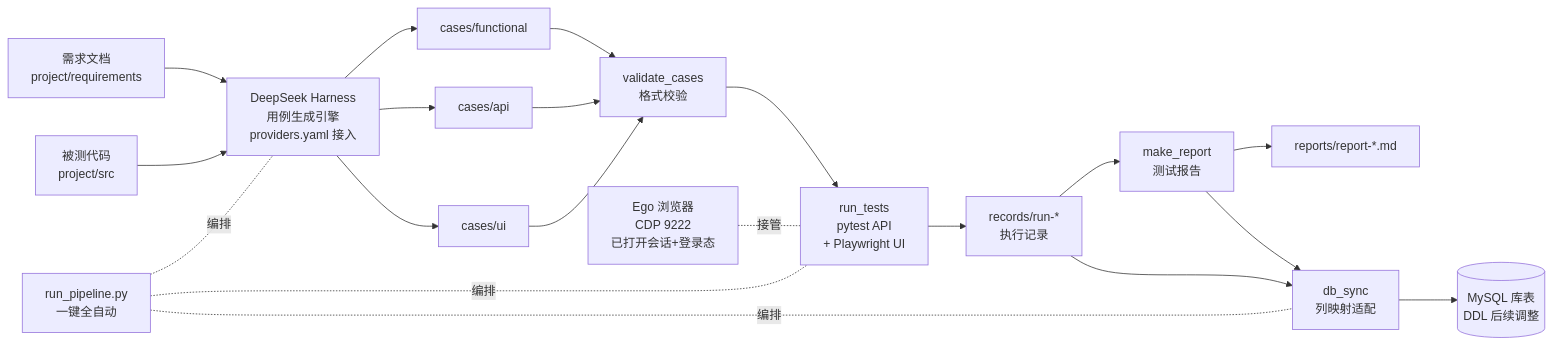
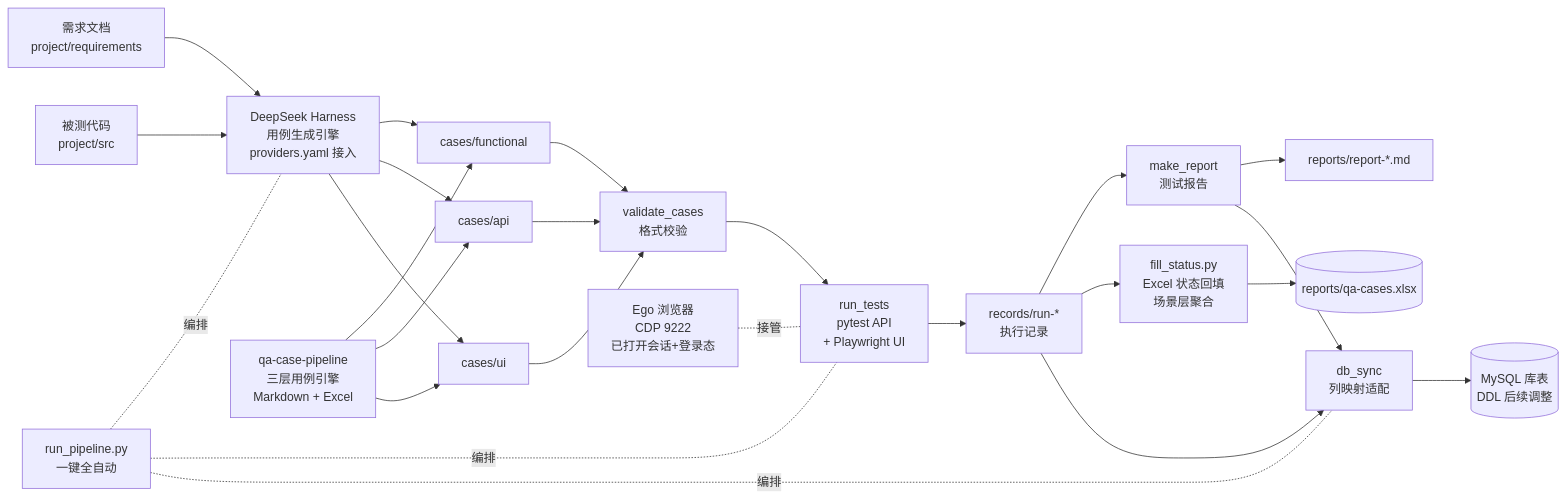
One commit to andy90k9/testworkflow changed the diagram in README.md. Above: the diagram before and after it, drawn with Mermaid. The commit also changed other lines of this file and 13 other files, not shown here.

First line of the commit message:
feat: integrate qa-toolkit three-layer case pipeline

````diff
--- a/README.md
+++ b/README.md
@@ -51,22 +53,27 @@
 ```mermaid
 flowchart LR
     A[需求文档<br/>project/requirements] --> H
     B[被测代码<br/>project/src] --> H
     H[DeepSeek Harness<br/>用例生成引擎<br/>providers.yaml 接入] --> F[cases/functional]
     H --> G[cases/api]
     H --> E[cases/ui]
+    Q[qa-case-pipeline<br/>三层用例引擎<br/>Markdown + Excel] --> F
+    Q --> G
+    Q --> E
     F --> V[validate_cases<br/>格式校验]
     G --> V
     E --> V
     V --> R[run_tests<br/>pytest API<br/>+ Playwright UI]
     EG[Ego 浏览器<br/>CDP 9222<br/>已打开会话+登录态] -.接管.- R
     R --> S[records/run-*<br/>执行记录]
     S --> P[make_report<br/>测试报告]
     P --> T[reports/report-*.md]
+    S --> X[fill_status.py<br/>Excel 状态回填<br/>场景层聚合]
+    X --> XLSX[(reports/qa-cases.xlsx)]
     S --> DB[db_sync<br/>列映射适配]
     P --> DB
     DB --> M[(MySQL 库表<br/>DDL 后续调整)]
     PIPE[run_pipeline.py<br/>一键全自动] -.编排.- H
     PIPE -.编排.- R
     PIPE -.编排.- DB
 ```
````
